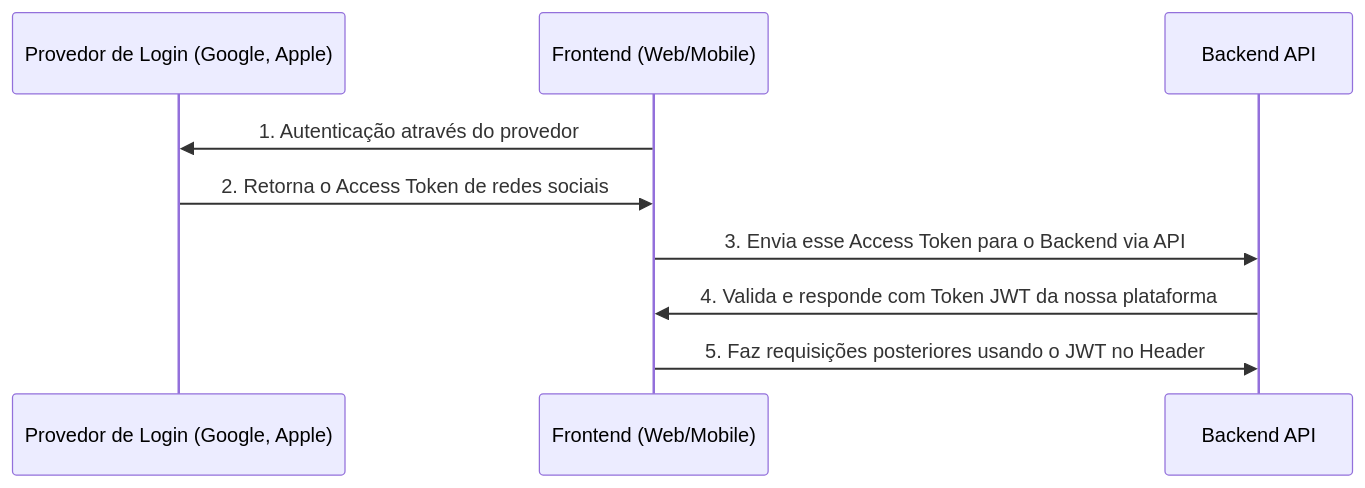
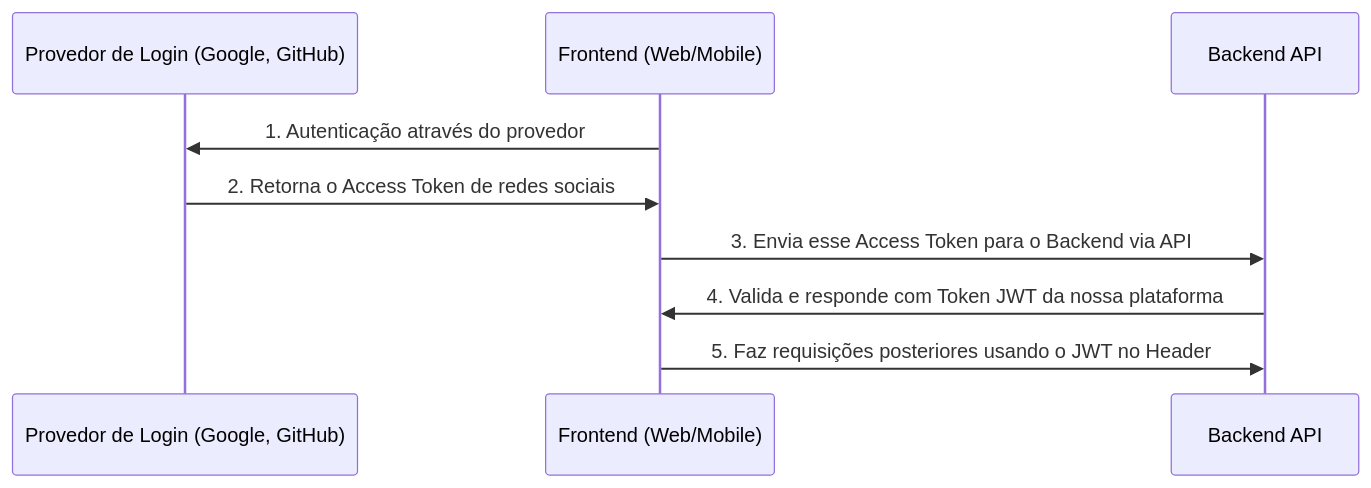
The second of 2 diagrams in docs/auth.md (devs-tocantins/api-legado-dev), drawn with Mermaid before and after one commit. The commit also changed other lines of this file and 16 other files, not shown here.

````diff
--- a/docs/auth.md
+++ b/docs/auth.md
@@ -34,12 +34,12 @@
 ```mermaid
 sequenceDiagram
-    participant B as Provedor de Login (Google, Apple)
+    participant B as Provedor de Login (Google, GitHub)
     participant A as Frontend (Web/Mobile)
     participant C as Backend API
 
     A->>B: 1. Autenticação através do provedor
     B->>A: 2. Retorna o Access Token de redes sociais
     A->>C: 3. Envia esse Access Token para o Backend via API
     C->>A: 4. Valida e responde com Token JWT da nossa plataforma
     A->>C: 5. Faz requisições posteriores usando o JWT no Header
 ```
````
